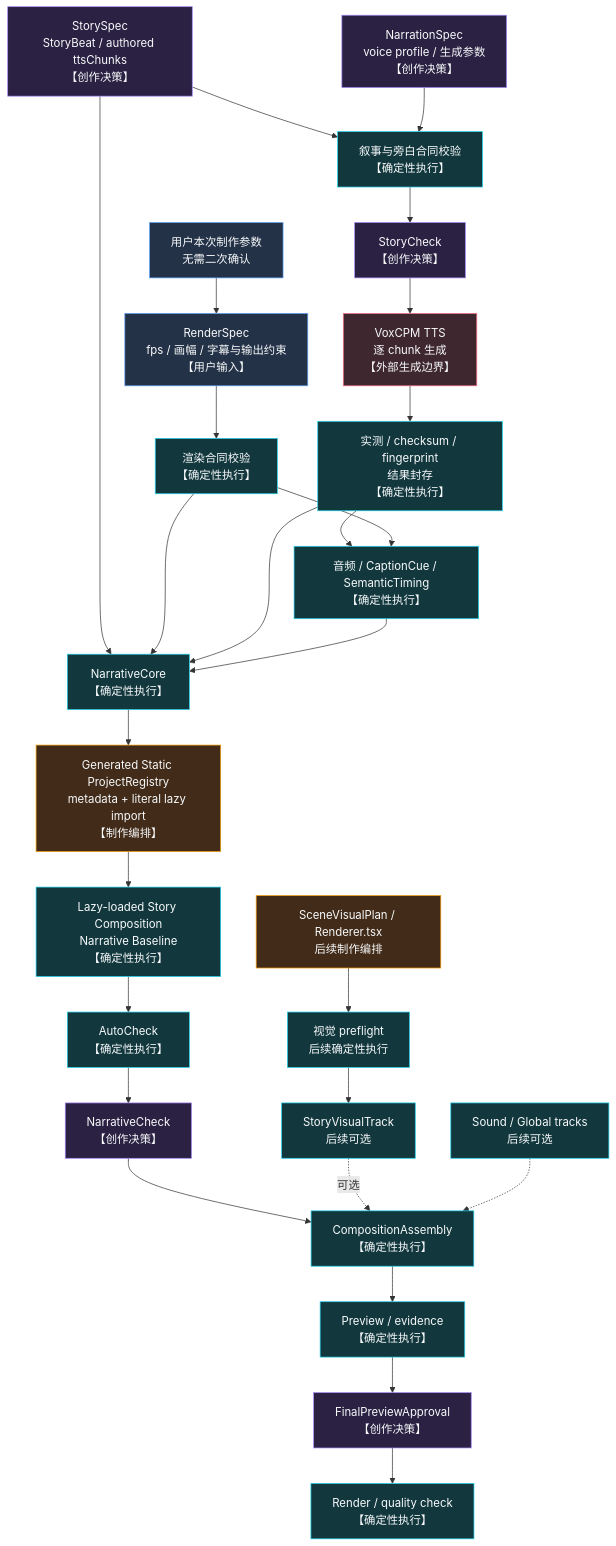
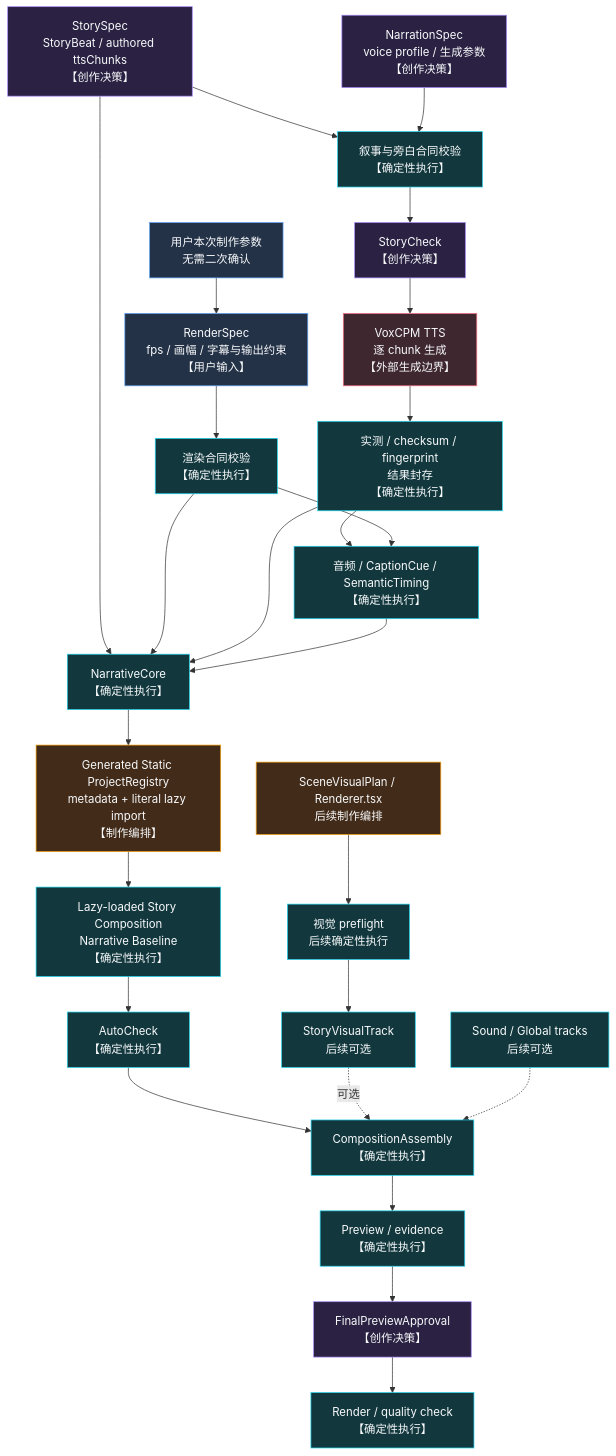
Before and after one commit to AXMORF/axmorf-studio: the first of 2 diagrams in docs/DETERMINISTIC_EXECUTION.md, drawn with Mermaid. The commit also changed other lines of this file and 10 other files, not shown here.

````diff
--- a/docs/DETERMINISTIC_EXECUTION.md
+++ b/docs/DETERMINISTIC_EXECUTION.md
@@ -52,44 +57,43 @@
 ```mermaid
 flowchart TB
     Story["StorySpec<br/>StoryBeat / authored ttsChunks<br/>【创作决策】"]
     NarrationSpec["NarrationSpec<br/>voice profile / 生成参数<br/>【创作决策】"]
     RenderInput["用户本次制作参数<br/>无需二次确认"] --> RenderSpec["RenderSpec<br/>fps / 画幅 / 字幕与输出约束<br/>【用户输入】"]
     Story --> Contract["叙事与旁白合同校验<br/>【确定性执行】"]
     NarrationSpec --> Contract
     RenderSpec --> RenderContract["渲染合同校验<br/>【确定性执行】"]
     Contract --> StoryCheck["StoryCheck<br/>【创作决策】"]
     StoryCheck --> TTS["VoxCPM TTS<br/>逐 chunk 生成<br/>【外部生成边界】"]
     TTS --> Seal["实测 / checksum / fingerprint<br/>结果封存<br/>【确定性执行】"]
     Seal --> Timing["音频 / CaptionCue / SemanticTiming<br/>【确定性执行】"]
     RenderContract --> Timing
 
     Story --> Narrative["NarrativeCore<br/>【确定性执行】"]
     RenderContract --> Narrative
     Seal --> Narrative
     Timing --> Narrative
     Narrative --> ProjectRegistry["Generated Static ProjectRegistry<br/>metadata + literal lazy import<br/>【制作编排】"]
     ProjectRegistry --> Baseline["Lazy-loaded Story Composition<br/>Narrative Baseline<br/>【确定性执行】"]
     Baseline --> Auto["AutoCheck<br/>【确定性执行】"]
-    Auto --> NarrativeCheck["NarrativeCheck<br/>【创作决策】"]
 
     VisualSource["SceneVisualPlan / Renderer.tsx<br/>后续制作编排"] --> VisualPreflight["视觉 preflight<br/>后续确定性执行"]
     VisualPreflight --> Visual["StoryVisualTrack<br/>后续可选"]
 
-    NarrativeCheck --> Assembly["CompositionAssembly<br/>【确定性执行】"]
+    Auto --> Assembly["CompositionAssembly<br/>【确定性执行】"]
     Visual -.->|"可选"| Assembly
     Optional["Sound / Global tracks<br/>后续可选"] -.-> Assembly
     Assembly --> Evidence["Preview / evidence<br/>【确定性执行】"]
     Evidence --> Review["FinalPreviewApproval<br/>【创作决策】"]
     Review --> Render["Render / quality check<br/>【确定性执行】"]
 
     classDef input fill:#243247,stroke:#60a5fa,color:#f8fafc;
     classDef creative fill:#2b2142,stroke:#a78bfa,color:#f8fafc;
     classDef orchestration fill:#422b18,stroke:#f59e0b,color:#f8fafc;
     classDef deterministic fill:#12383d,stroke:#22d3ee,color:#f8fafc;
     classDef external fill:#3f2730,stroke:#fb7185,color:#f8fafc;
     class RenderInput,RenderSpec input;
-    class Story,NarrationSpec,StoryCheck,NarrativeCheck,Review creative;
+    class Story,NarrationSpec,StoryCheck,Review creative;
     class VisualSource,ProjectRegistry orchestration;
     class TTS external;
     class Contract,RenderContract,Seal,Timing,Narrative,Baseline,Auto,VisualPreflight,Visual,Assembly,Optional,Evidence,Render deterministic;
 ```
````
